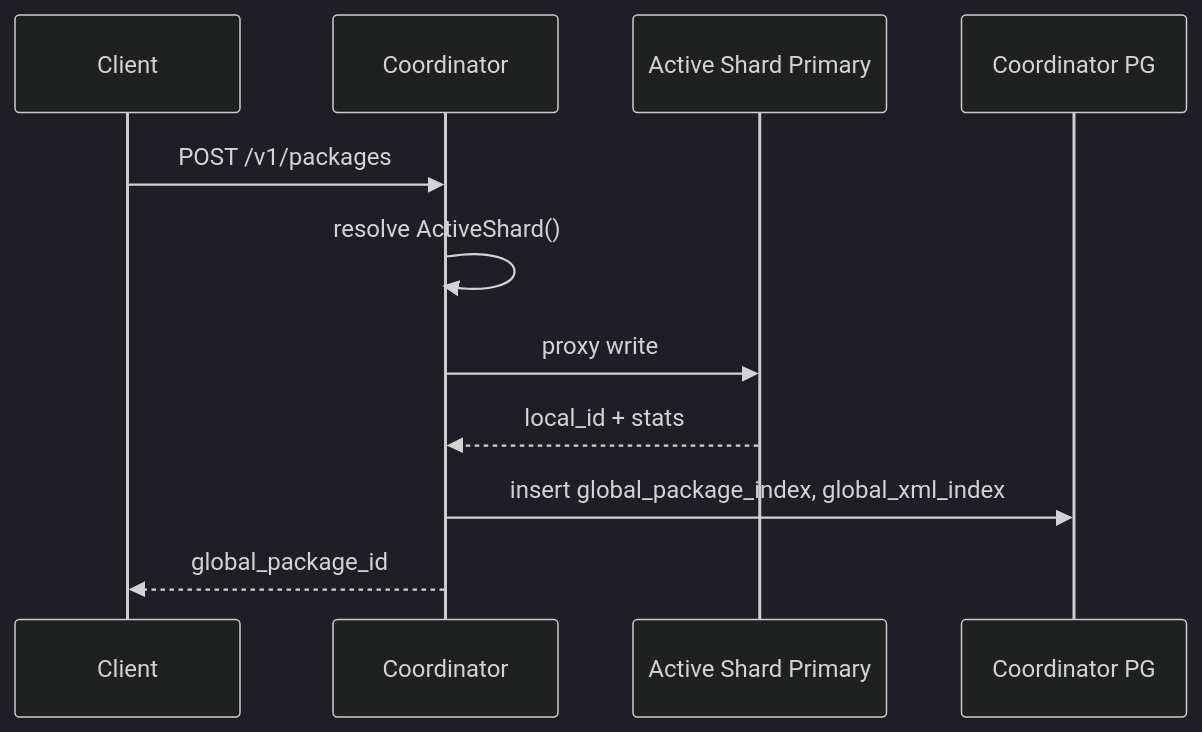
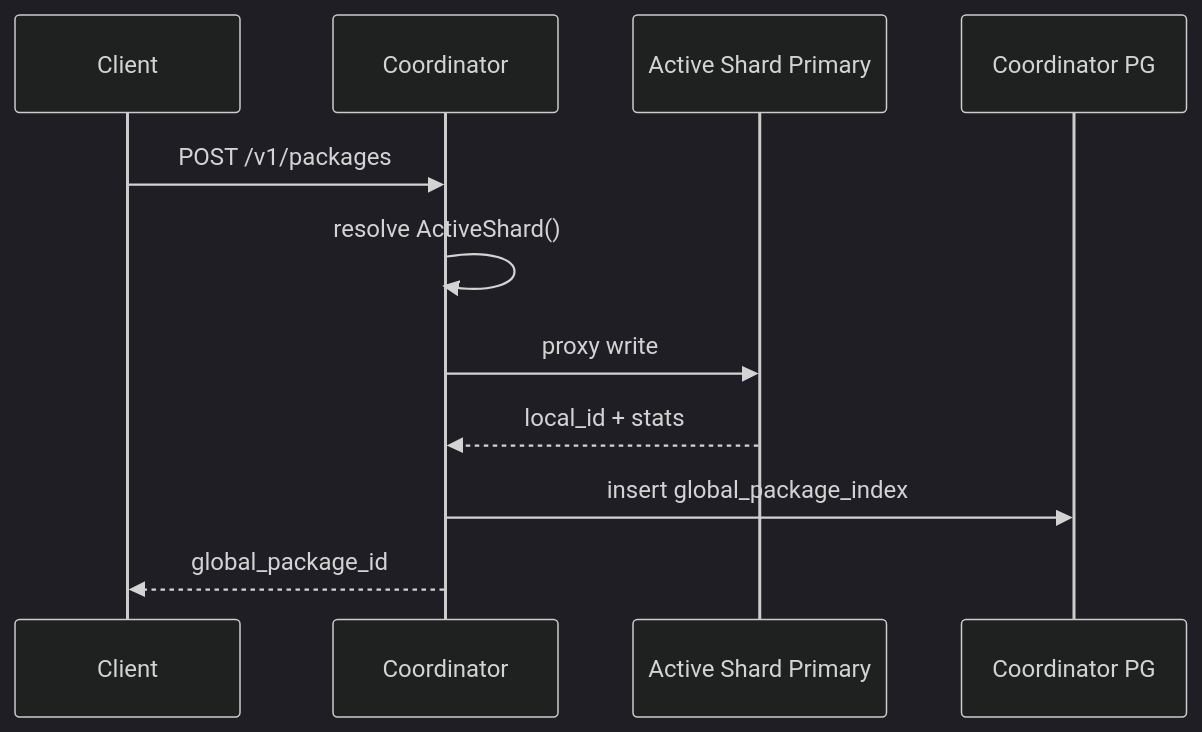
Before and after one commit to tormoz70/little-big-files: the third of 5 diagrams in docs/sharding-model.md, drawn with Mermaid (dark theme). The commit also changed other lines of this file and 38 other files, not shown here.

````diff
--- a/docs/sharding-model.md
+++ b/docs/sharding-model.md
@@ -62,14 +60,14 @@
 ```mermaid
 sequenceDiagram
     participant Client
     participant Coord as Coordinator
     participant Active as Active Shard Primary
     participant Idx as Coordinator PG
 
     Client->>Coord: POST /v1/packages
     Coord->>Coord: resolve ActiveShard()
     Coord->>Active: proxy write
     Active-->>Coord: local_id + stats
-    Coord->>Idx: insert global_package_index, global_xml_index
+    Coord->>Idx: insert global_package_index
     Coord-->>Client: global_package_id
 ```
````
